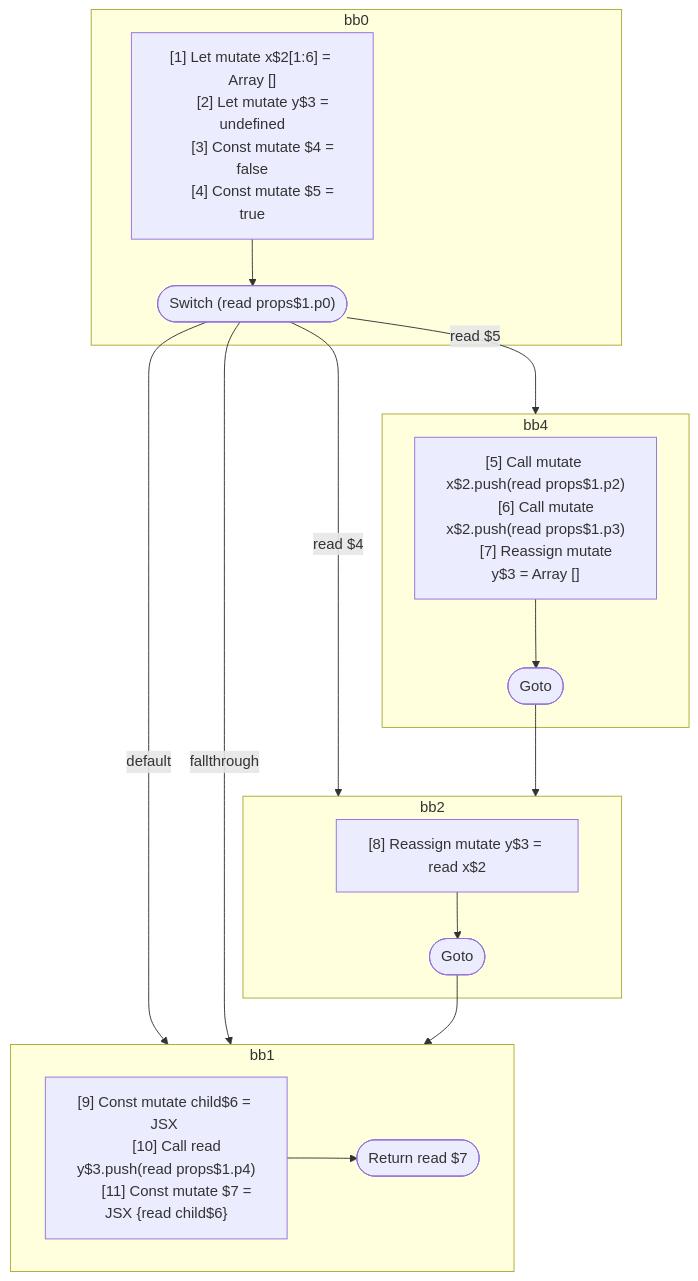
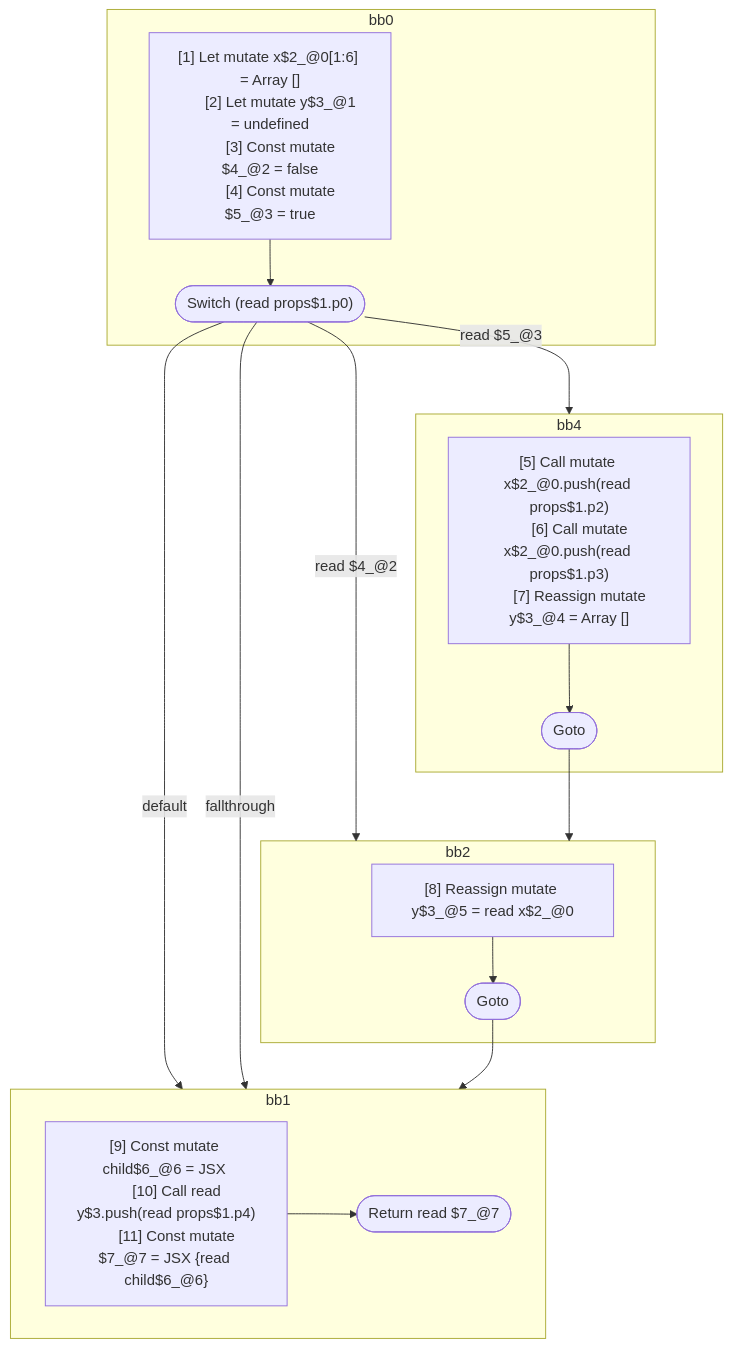
One commit to wutsmog/private changed the diagram in compiler/forget/src/__tests__/fixtures/hir/switch.expect.md. Above: the diagram before and after it, drawn with Mermaid. The commit also changed other lines of this file and 60 other files, not shown here.

````diff
--- a/compiler/forget/src/__tests__/fixtures/hir/switch.expect.md
+++ b/compiler/forget/src/__tests__/fixtures/hir/switch.expect.md
@@ -59,44 +59,44 @@
 ```mermaid
 flowchart TB
   %% Basic Blocks
   subgraph bb0
     bb0_instrs["
-      [1] Let mutate x$2[1:6] = Array []
-      [2] Let mutate y$3 = undefined
-      [3] Const mutate $4 = false
-      [4] Const mutate $5 = true
+      [1] Let mutate x$2_@0[1:6] = Array []
+      [2] Let mutate y$3_@1 = undefined
+      [3] Const mutate $4_@2 = false
+      [4] Const mutate $5_@3 = true
     "]
     bb0_instrs --> bb0_terminal(["Switch (read props$1.p0)"])
   end
   subgraph bb4
     bb4_instrs["
-      [5] Call mutate x$2.push(read props$1.p2)
-      [6] Call mutate x$2.push(read props$1.p3)
-      [7] Reassign mutate y$3 = Array []
+      [5] Call mutate x$2_@0.push(read props$1.p2)
+      [6] Call mutate x$2_@0.push(read props$1.p3)
+      [7] Reassign mutate y$3_@4 = Array []
     "]
     bb4_instrs --> bb4_terminal(["Goto"])
   end
   subgraph bb2
     bb2_instrs["
-      [8] Reassign mutate y$3 = read x$2
+      [8] Reassign mutate y$3_@5 = read x$2_@0
     "]
     bb2_instrs --> bb2_terminal(["Goto"])
   end
   subgraph bb1
     bb1_instrs["
-      [9] Const mutate child$6 = JSX <read Component$0 data={freeze x$2} ></read Component$0>
+      [9] Const mutate child$6_@6 = JSX <read Component$0 data={freeze x$2_@0} ></read Component$0>
       [10] Call read y$3.push(read props$1.p4)
-      [11] Const mutate $7 = JSX <read Component$0 data={read y$3} >{read child$6}</read Component$0>
+      [11] Const mutate $7_@7 = JSX <read Component$0 data={read y$3} >{read child$6_@6}</read Component$0>
     "]
-    bb1_instrs --> bb1_terminal(["Return read $7"])
+    bb1_instrs --> bb1_terminal(["Return read $7_@7"])
   end
 
   %% Jumps
-  bb0_terminal -- read $5 --> bb4
-  bb0_terminal -- read $4 --> bb2
+  bb0_terminal -- read $5_@3 --> bb4
+  bb0_terminal -- read $4_@2 --> bb2
   bb0_terminal -- default --> bb1
   bb0_terminal -- fallthrough --> bb1
   bb4_terminal --> bb2
   bb2_terminal --> bb1
 
 ```
````
